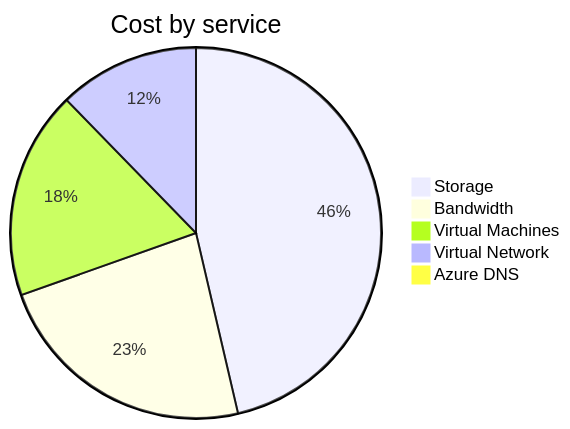
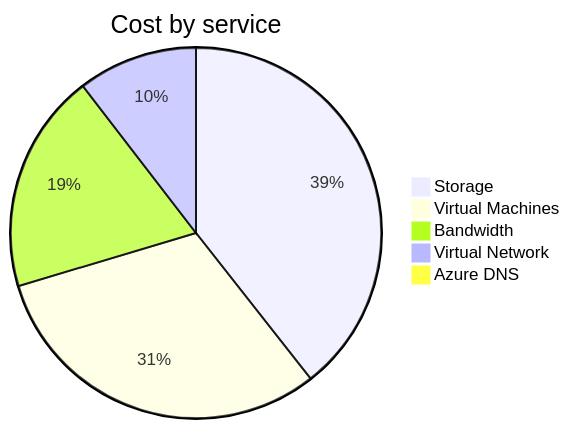
Before and after one commit to jpfulton/azure-personal-reports: the second of 4 diagrams in cost-reports/personal-network/README.md, drawn with Mermaid. The commit also changed other lines of this file and 8 other files, not shown here.

````diff
--- a/cost-reports/personal-network/README.md
+++ b/cost-reports/personal-network/README.md
@@ -95,9 +95,9 @@
 ```mermaid
 pie
    title Cost by service
-   "Storage" : 24.42
-   "Bandwidth" : 12.23
-   "Virtual Machines" : 9.56
-   "Virtual Network" : 6.47
-   "Azure DNS" : 0.44
+   "Storage" : 25.19
+   "Virtual Machines" : 19.82
+   "Bandwidth" : 12.26
+   "Virtual Network" : 6.68
+   "Azure DNS" : 0.45
 ```
````
